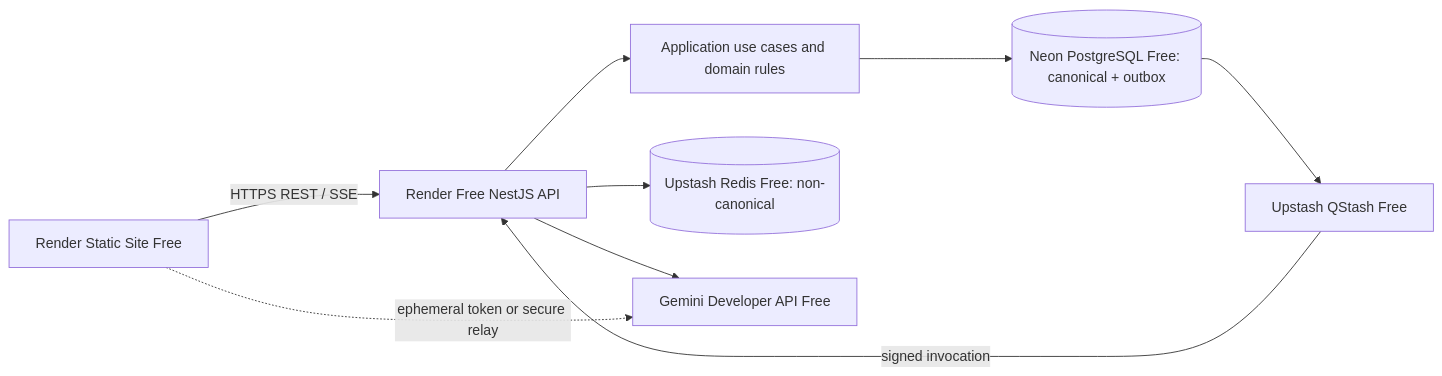
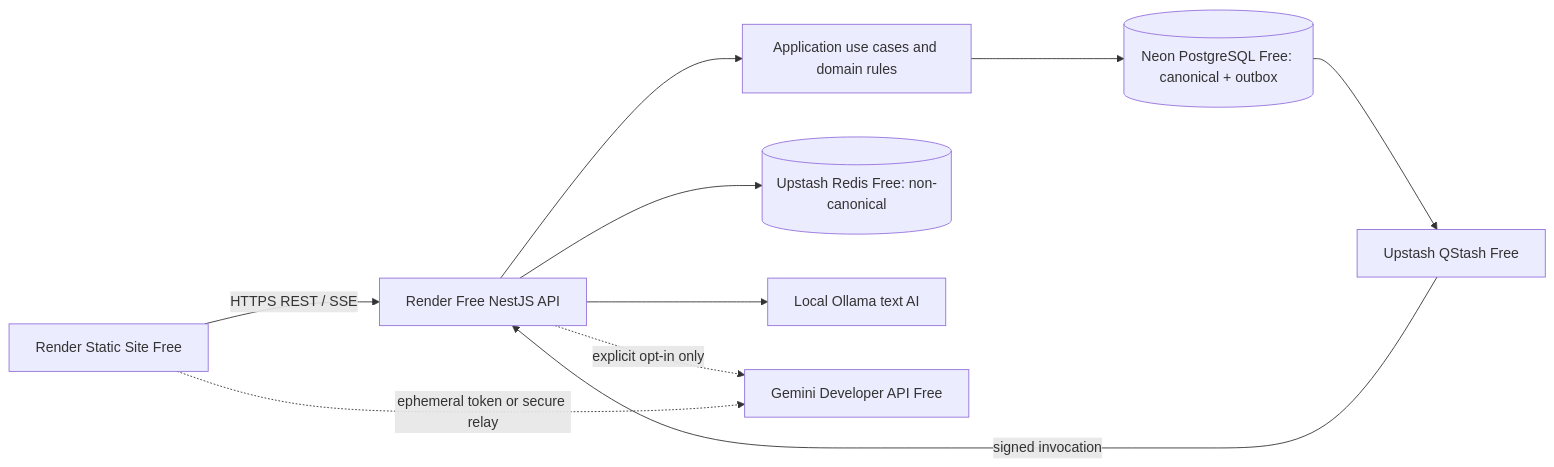
The diagram in SPEC.md (ByCur/fluentcoach-ai), drawn with Mermaid before and after one commit. The commit also changed other lines of this file and 13 other files, not shown here.

First line of the commit message:
Make Ollama the local-first text AI provider (#14)

````diff
--- a/SPEC.md
+++ b/SPEC.md
@@ -97,11 +97,12 @@
 ```mermaid
 flowchart LR
   Web[Render Static Site Free] -->|HTTPS REST / SSE| API[Render Free NestJS API]
   API --> App[Application use cases and domain rules]
   App --> PG[(Neon PostgreSQL Free: canonical + outbox)]
   API --> Redis[(Upstash Redis Free: non-canonical)]
   PG --> Q[Upstash QStash Free]
   Q -->|signed invocation| API
-  API --> Gemini[Gemini Developer API Free]
+  API --> Ollama[Local Ollama text AI]
+  API -. explicit opt-in only .-> Gemini[Gemini Developer API Free]
   Web -. ephemeral token or secure relay .-> Gemini
 ```
````
